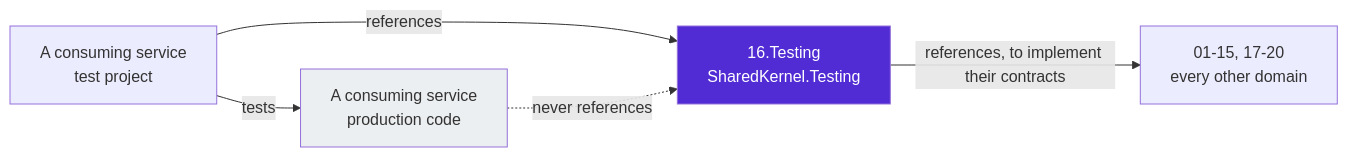
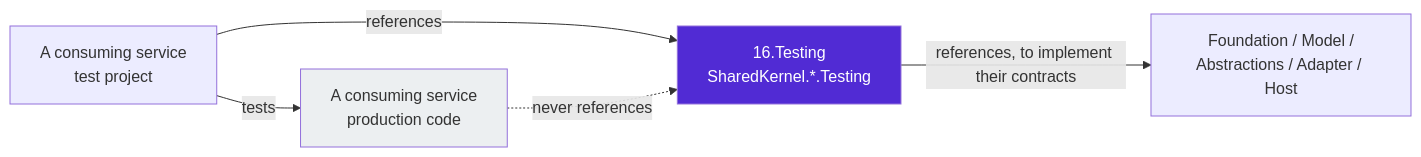
Before and after one commit to Gresta-Vertex-Labs/platform-shared-kernel: the diagram in 16.Testing/README.md, drawn with Mermaid. The commit also changed other lines of this file and 167 other files, not shown here.

````diff
--- a/16.Testing/README.md
+++ b/16.Testing/README.md
@@ -32,15 +54,15 @@
 ```mermaid
 flowchart LR
-    T["16.Testing<br/>SharedKernel.Testing"]
-    A["01-15, 17-20<br/>every other domain"]
+    T["16.Testing<br/>SharedKernel.*.Testing"]
+    A["Foundation / Model /<br/>Abstractions / Adapter / Host"]
     P["A consuming service<br/>production code"]
     S["A consuming service<br/>test project"]
 
     T -- "references, to implement their contracts" --> A
     S -- "references" --> T
     S -- "tests" --> P
     P -. "never references" .-> T
 
     style T fill:#512BD4,color:#fff
     style P fill:#eceff1
 ```
````
